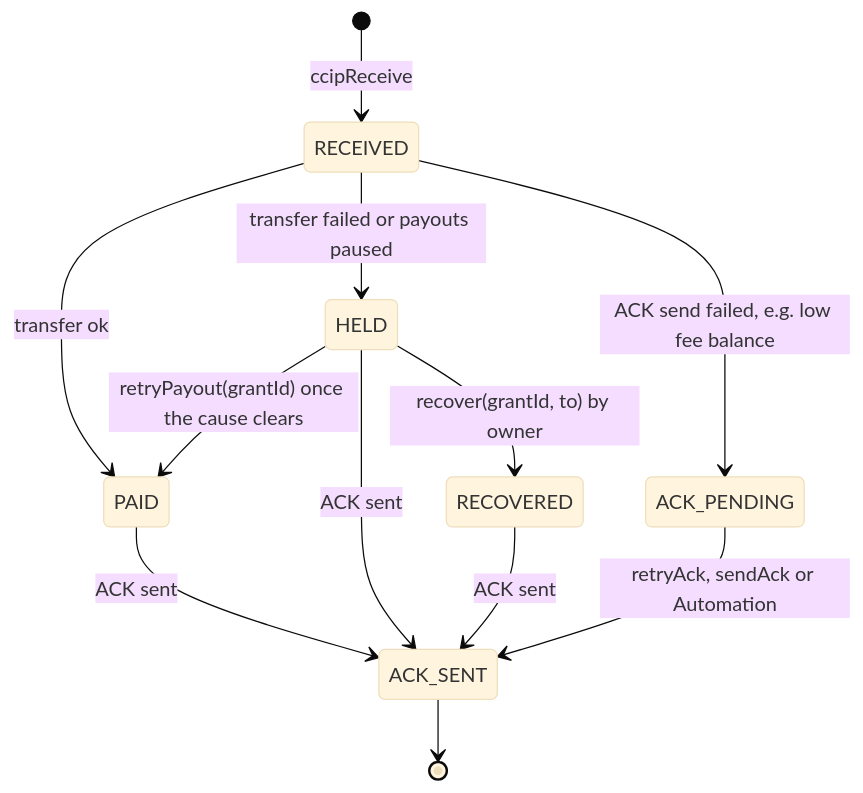
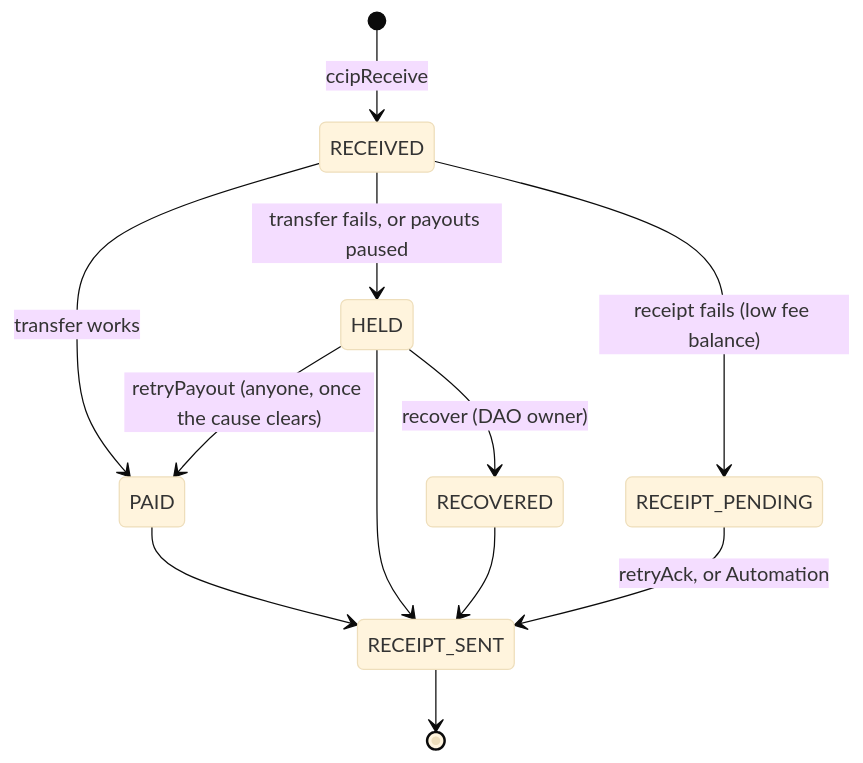
Before and after one commit to neevmodh/nidhi: the fifth of 10 diagrams in docs/architecture/03-chainlink-ccip.md, drawn with Mermaid (base theme). The commit also changed other lines of this file and 5 other files, not shown here.

````diff
--- a/docs/architecture/03-chainlink-ccip.md
+++ b/docs/architecture/03-chainlink-ccip.md
@@ -122,15 +132,15 @@
 ```mermaid
 stateDiagram-v2
   direction TB
   [*] --> RECEIVED: ccipReceive
-  RECEIVED --> PAID: transfer ok
-  RECEIVED --> HELD: transfer failed or payouts paused
-  HELD --> PAID: retryPayout(grantId) once the cause clears
-  HELD --> RECOVERED: recover(grantId, to) by owner
-  PAID --> ACK_SENT: ACK sent
-  HELD --> ACK_SENT: ACK sent
-  RECOVERED --> ACK_SENT: ACK sent
-  RECEIVED --> ACK_PENDING: ACK send failed, e.g. low fee balance
-  ACK_PENDING --> ACK_SENT: retryAck, sendAck or Automation
-  ACK_SENT --> [*]
+  RECEIVED --> PAID: transfer works
+  RECEIVED --> HELD: transfer fails, or payouts paused
+  HELD --> PAID: retryPayout (anyone, once the cause clears)
+  HELD --> RECOVERED: recover (DAO owner)
+  PAID --> RECEIPT_SENT
+  HELD --> RECEIPT_SENT
+  RECOVERED --> RECEIPT_SENT
+  RECEIVED --> RECEIPT_PENDING: receipt fails (low fee balance)
+  RECEIPT_PENDING --> RECEIPT_SENT: retryAck, or Automation
+  RECEIPT_SENT --> [*]
 ```
````
